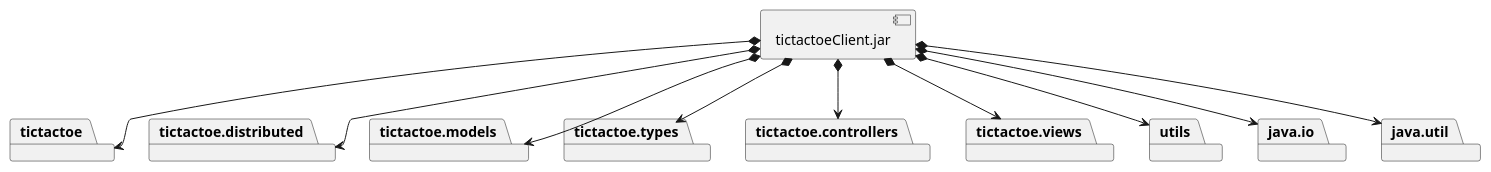
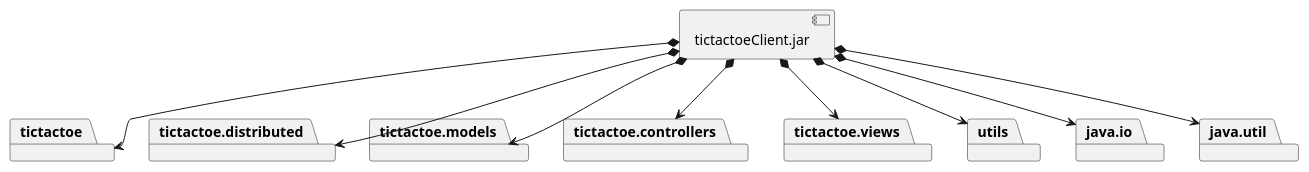
The fourth of 6 diagrams in docs/src/docs/asciidoc/index.adoc (x-USantaTecla-game-ticTacToe/java), drawn with PlantUML before and after one commit. The commit also changed other lines of this file and 28 other files, not shown here.

```diff
--- a/docs/src/docs/asciidoc/index.adoc
+++ b/docs/src/docs/asciidoc/index.adoc
@@ -680,35 +1055,32 @@
 [plantuml,diagramaImplementacionClient,svg]
 ....
 
 package "  "  as tictactoe {
 }
 package "  "  as tictactoe.distributed {
 }
 package "  "  as tictactoe.models {
-}
-package "  "  as tictactoe.types {
 }
 package "  "  as tictactoe.controllers {
 }
 package "  "  as tictactoe.views {
 }
 package "  "  as utils {
 }
 package "  "  as java.io {
 }
 package "  "  as java.util {
 }
 
 [tictactoeClient.jar] as jarClient
 
 jarClient *--> tictactoe
 jarClient *--> tictactoe.distributed
 jarClient *--> tictactoe.models
-jarClient *--> tictactoe.types
 jarClient *--> tictactoe.controllers
 jarClient *--> tictactoe.views
 jarClient *--> utils
 jarClient *--> java.io
 jarClient *--> java.util
 
 ....
```
